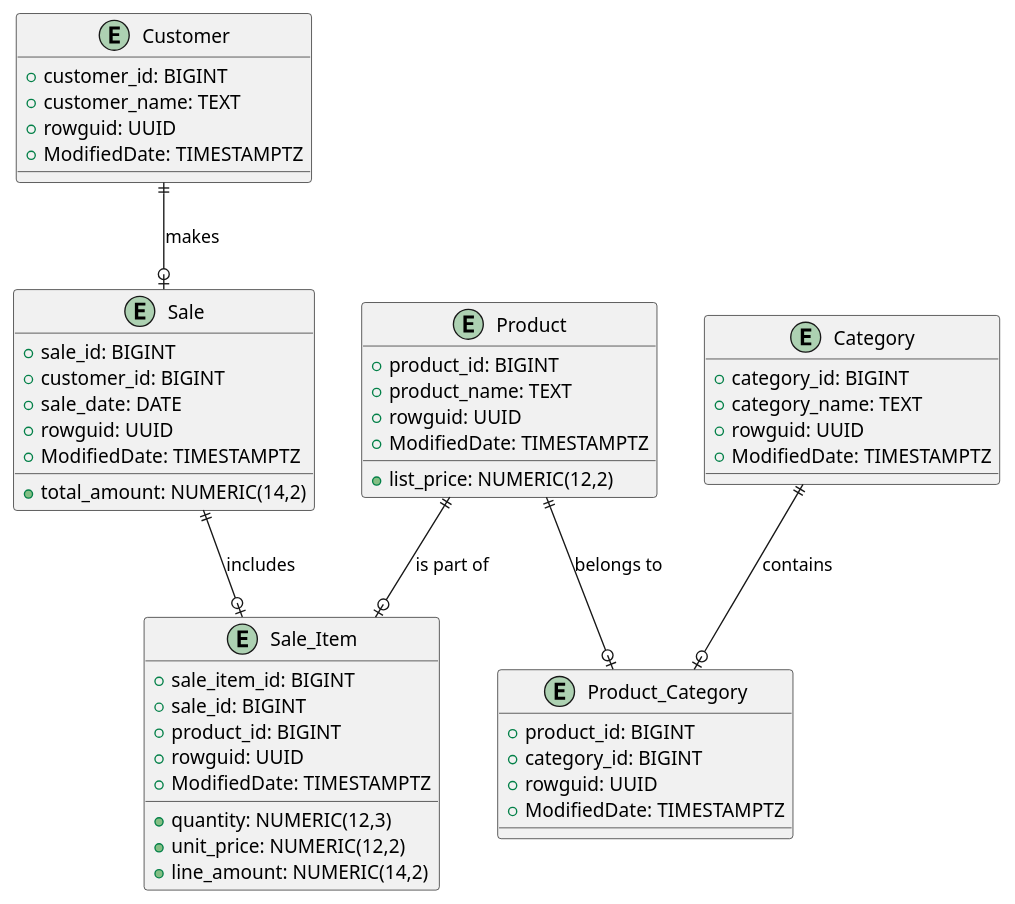
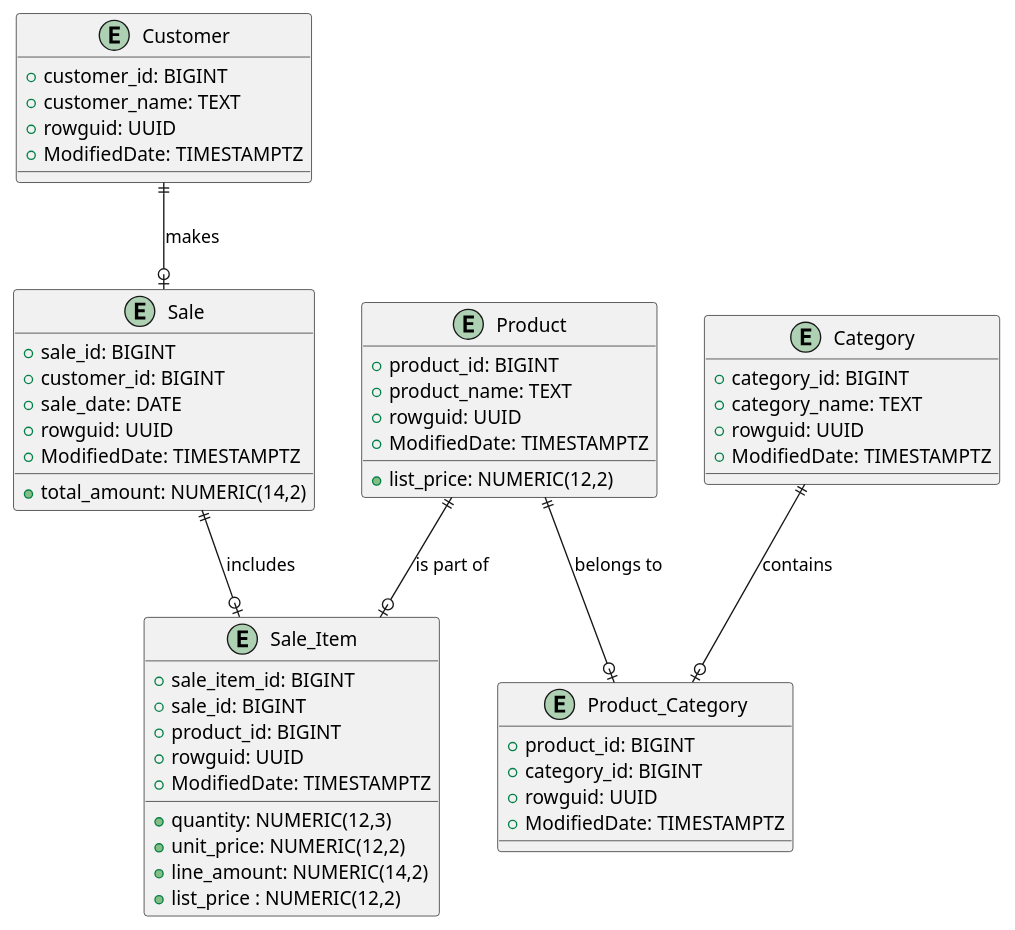
Before and after one commit to staciagreen/postgresql-dwh-etl: the diagram in data_model.puml, drawn with PlantUML. The commit also changed 29 other files, not shown here.

```diff
--- a/data_model.puml
+++ b/data_model.puml
@@ -1,58 +1,59 @@
 @startuml
 
 entity "Customer" as customer {
     + customer_id: BIGINT
     + customer_name: TEXT
     + rowguid: UUID
     + ModifiedDate: TIMESTAMPTZ
 }
 
 entity "Category" as category {
     + category_id: BIGINT
     + category_name: TEXT
     + rowguid: UUID
     + ModifiedDate: TIMESTAMPTZ
 }
 
 entity "Product" as product {
     + product_id: BIGINT
     + product_name: TEXT
     + list_price: NUMERIC(12,2)
     + rowguid: UUID
     + ModifiedDate: TIMESTAMPTZ
 }
 
 entity "Product_Category" as product_category {
     + product_id: BIGINT
     + category_id: BIGINT
     + rowguid: UUID
     + ModifiedDate: TIMESTAMPTZ
 }
 
 entity "Sale" as sale {
     + sale_id: BIGINT
     + customer_id: BIGINT
     + sale_date: DATE
     + total_amount: NUMERIC(14,2)
     + rowguid: UUID
     + ModifiedDate: TIMESTAMPTZ
 }
 
 entity "Sale_Item" as sale_item {
     + sale_item_id: BIGINT
     + sale_id: BIGINT
     + product_id: BIGINT
     + quantity: NUMERIC(12,3)
     + unit_price: NUMERIC(12,2)
     + line_amount: NUMERIC(14,2)
+    + list_price : NUMERIC(12,2)
     + rowguid: UUID
     + ModifiedDate: TIMESTAMPTZ
 }
 
 customer ||--o| sale : "makes"
 sale ||--o| sale_item : "includes"
 product ||--o| sale_item : "is part of"
 category ||--o| product_category : "contains"
 product ||--o| product_category : "belongs to"
 
 @enduml
```
